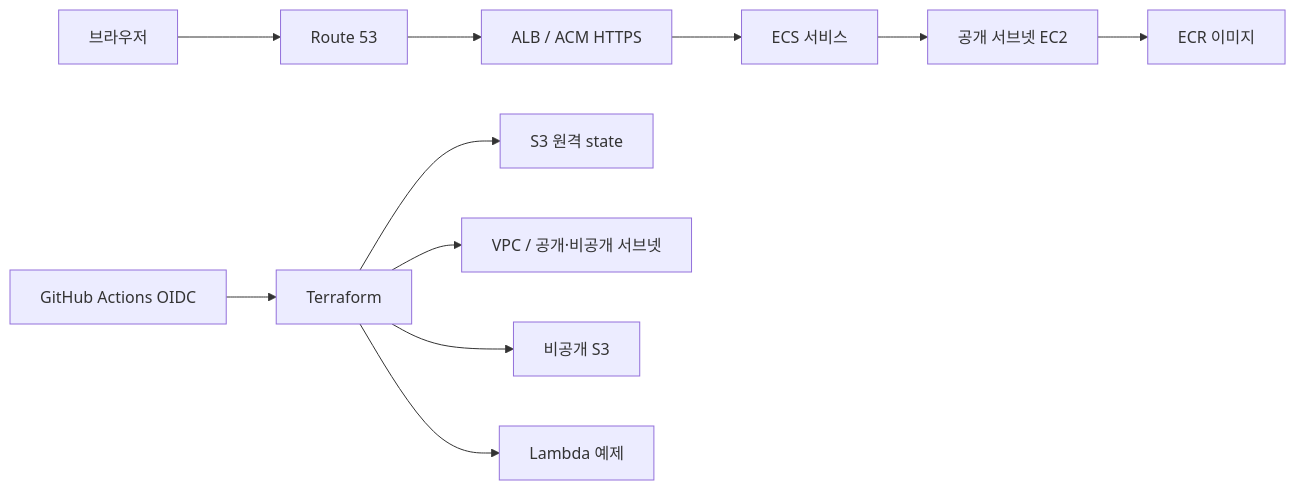
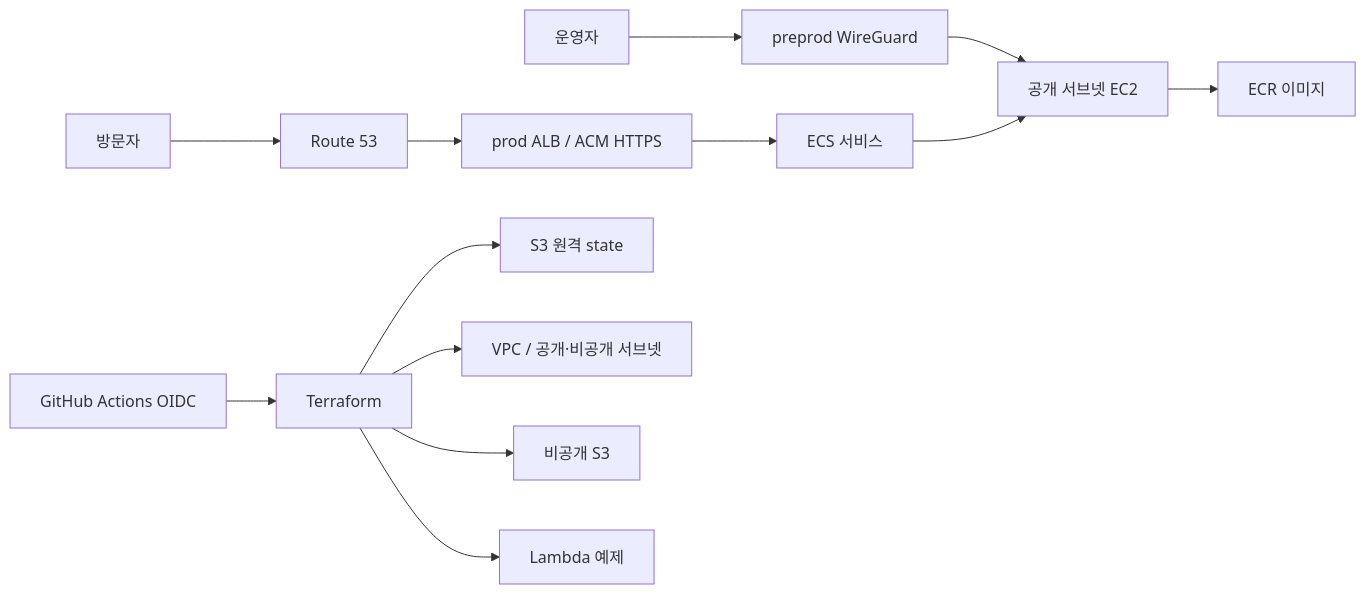
One commit to ban-dal/aws-ecs-fullstack-app changed the first of 2 diagrams in docs/architecture.md. Above: the diagram before and after it, drawn with Mermaid. The commit also changed other lines of this file and 21 other files, not shown here.

First line of the commit message:
preprod ECS 앱과 WireGuard 내부 접속 구축 (#18)

````diff
--- a/docs/architecture.md
+++ b/docs/architecture.md
@@ -5,13 +5,15 @@
 ```mermaid
 flowchart LR
-  Browser[브라우저] --> DNS[Route 53]
-  DNS --> ALB[ALB / ACM HTTPS]
+  Browser[방문자] --> DNS[Route 53]
+  DNS --> ALB[prod ALB / ACM HTTPS]
   ALB --> ECS[ECS 서비스]
+  Operator[운영자] --> VPN[preprod WireGuard]
+  VPN --> EC2
   ECS --> EC2[공개 서브넷 EC2]
   EC2 --> ECR[ECR 이미지]
   CI[GitHub Actions OIDC] --> TF[Terraform]
   TF --> State[S3 원격 state]
   TF --> VPC[VPC / 공개·비공개 서브넷]
   TF --> Assets[비공개 S3]
   TF --> Lambda[Lambda 예제]
 ```
````
